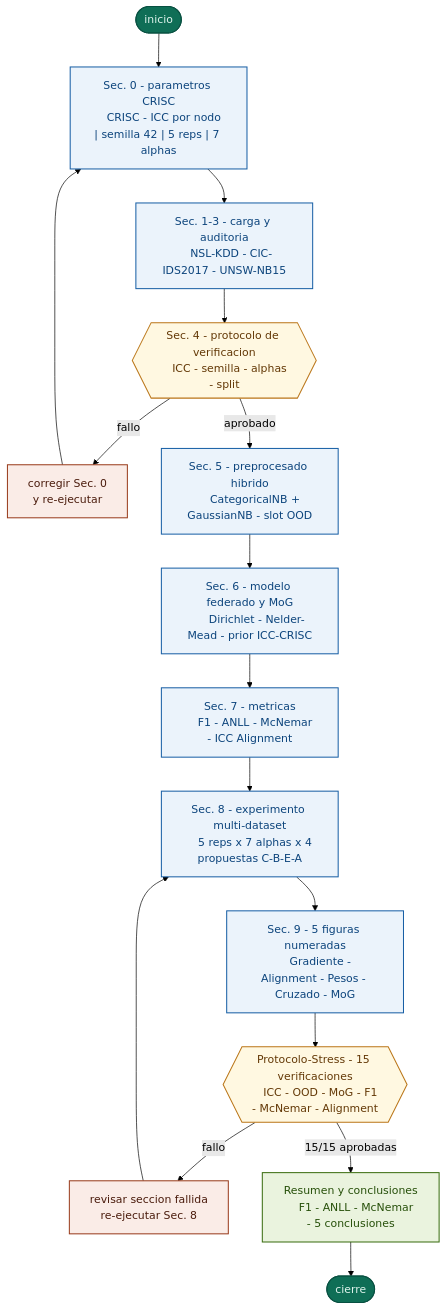
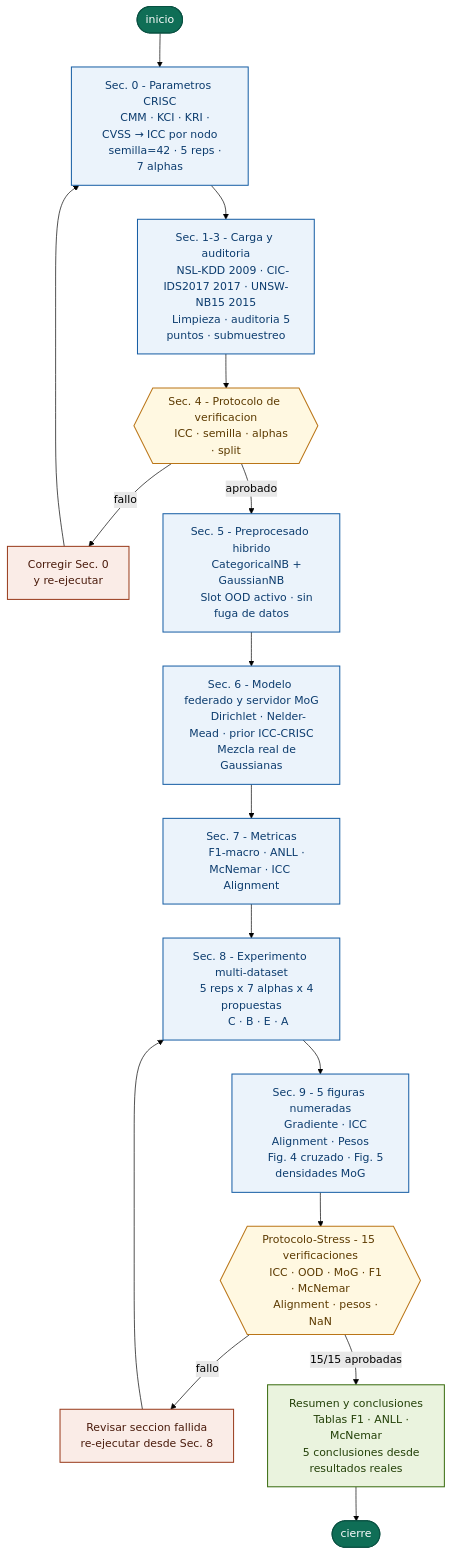
One commit to eoherrera/EJD-UMA-FedNB-GRC changed the diagram in README.md. Above: the diagram before and after it, drawn with Mermaid (forest theme). The commit also changed other lines of this file and 2 other files, not shown here.

````diff
--- a/README.md
+++ b/README.md
@@ -72,56 +75,78 @@
 ```mermaid
 flowchart TD
-    classDef proceso  fill:#EBF3FB,stroke:#185FA5,stroke-width:1.5px,color:#0C447C
-    classDef decision fill:#FFF8E1,stroke:#BA7517,stroke-width:1.5px,color:#633806
-    classDef exito    fill:#EAF3DE,stroke:#3B6D11,stroke-width:1.5px,color:#27500A
+    classDef proceso  fill:#EBF3FB,stroke:#185FA5,stroke-width:1.5px,color:#0C3C6E
+    classDef decision fill:#FFF8E1,stroke:#BA7517,stroke-width:1.5px,color:#5C3A00
+    classDef exito    fill:#EAF3DE,stroke:#3B6D11,stroke-width:1.5px,color:#234008
     classDef alerta   fill:#FAECE7,stroke:#993C1D,stroke-width:1.5px,color:#4A1B0C
-    classDef terminal fill:#0F6E56,stroke:#085041,stroke-width:1.5px,color:#E1F5EE
+    classDef terminal fill:#0F6E56,stroke:#085041,stroke-width:1.5px,color:#FFFFFF
 
     INICIO([inicio]):::terminal --> SEC0
 
-    SEC0["Sec. 0 - parametros CRISC
-    CRISC - ICC por nodo | semilla 42 | 5 reps | 7 alphas"]:::proceso
+    SEC0["Sec. 0 - Parametros CRISC
+    CMM · KCI · KRI · CVSS → ICC por nodo
+    semilla=42 · 5 reps · 7 alphas"]:::proceso
 
     SEC0 --> SEC13
 
-    SEC13["Sec. 1-3 - carga y auditoria
-    NSL-KDD - CIC-IDS2017 - UNSW-NB15"]:::proceso
+    SEC13["Sec. 1-3 - Carga y auditoria
+    NSL-KDD 2009 · CIC-IDS2017 2017 · UNSW-NB15 2015
+    Limpieza · auditoria 5 puntos · submuestreo"]:::proceso
 
     SEC13 --> VERIF
 
-    VERIF{{"Sec. 4 - protocolo de verificacion
-    ICC - semilla - alphas - split"}}:::decision
+    VERIF{{"Sec. 4 - Protocolo de verificacion
+    ICC · semilla · alphas · split"}}:::decision
 
-    VERIF -->|fallo| CORR1["corregir Sec. 0
+    VERIF -- fallo --> CORR1
+    CORR1["Corregir Sec. 0
     y re-ejecutar"]:::alerta
     CORR1 --> SEC0
 
-    VERIF -->|aprobado| SEC5
+    VERIF -- aprobado --> SEC5
 
-    SEC5["Sec. 5 - preprocesado hibrido
-    CategoricalNB + GaussianNB - slot OOD"]:::proceso --> SEC6
+    SEC5["Sec. 5 - Preprocesado hibrido
+    CategoricalNB + GaussianNB
+    Slot OOD activo · sin fuga de datos"]:::proceso
 
-    SEC6["Sec. 6 - modelo federado y MoG
-    Dirichlet - Nelder-Mead - prior ICC-CRISC"]:::proceso --> SEC7
+    SEC5 --> SEC6
 
-    SEC7["Sec. 7 - metricas
-    F1 - ANLL - McNemar - ICC Alignment"]:::proceso --> SEC8
+    SEC6["Sec. 6 - Modelo federado y servidor MoG
+    Dirichlet · Nelder-Mead · prior ICC-CRISC
+    Mezcla real de Gaussianas"]:::proceso
 
-    SEC8["Sec. 8 - experimento multi-dataset
-    5 reps x 7 alphas x 4 propuestas C-B-E-A"]:::proceso --> SEC9
+    SEC6 --> SEC7
+
+    SEC7["Sec. 7 - Metricas
+    F1-macro · ANLL · McNemar · ICC Alignment"]:::proceso
+
+    SEC7 --> SEC8
+
+    SEC8["Sec. 8 - Experimento multi-dataset
+    5 reps x 7 alphas x 4 propuestas
+    C · B · E · A"]:::proceso
+
+    SEC8 --> SEC9
 
     SEC9["Sec. 9 - 5 figuras numeradas
-    Gradiente - Alignment - Pesos - Cruzado - MoG"]:::proceso --> STRESS
+    Gradiente · ICC Alignment · Pesos
+    Fig. 4 cruzado · Fig. 5 densidades MoG"]:::proceso
+
+    SEC9 --> STRESS
 
     STRESS{{"Protocolo-Stress - 15 verificaciones
-    ICC - OOD - MoG - F1 - McNemar - Alignment"}}:::decision
+    ICC · OOD · MoG · F1 · McNemar
+    Alignment · pesos · NaN"}}:::decision
 
-    STRESS -->|fallo| CORR2["revisar seccion fallida
-    re-ejecutar Sec. 8"]:::alerta
+    STRESS -- fallo --> CORR2
+    CORR2["Revisar seccion fallida
+    re-ejecutar desde Sec. 8"]:::alerta
     CORR2 --> SEC8
 
-    STRESS -->|15/15 aprobadas| RESUMEN
+    STRESS -- 15/15 aprobadas --> RESUMEN
 
     RESUMEN["Resumen y conclusiones
-    F1 - ANLL - McNemar - 5 conclusiones"]:::exito --> CIERRE([cierre]):::terminal
+    Tablas F1 · ANLL · McNemar
+    5 conclusiones desde resultados reales"]:::exito
+
+    RESUMEN --> CIERRE([cierre]):::terminal
 ```
````
